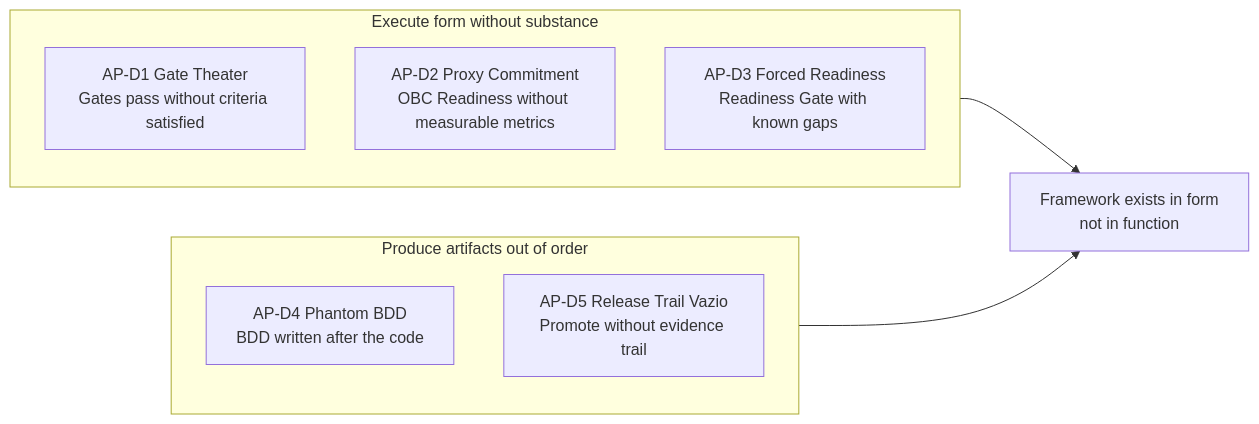
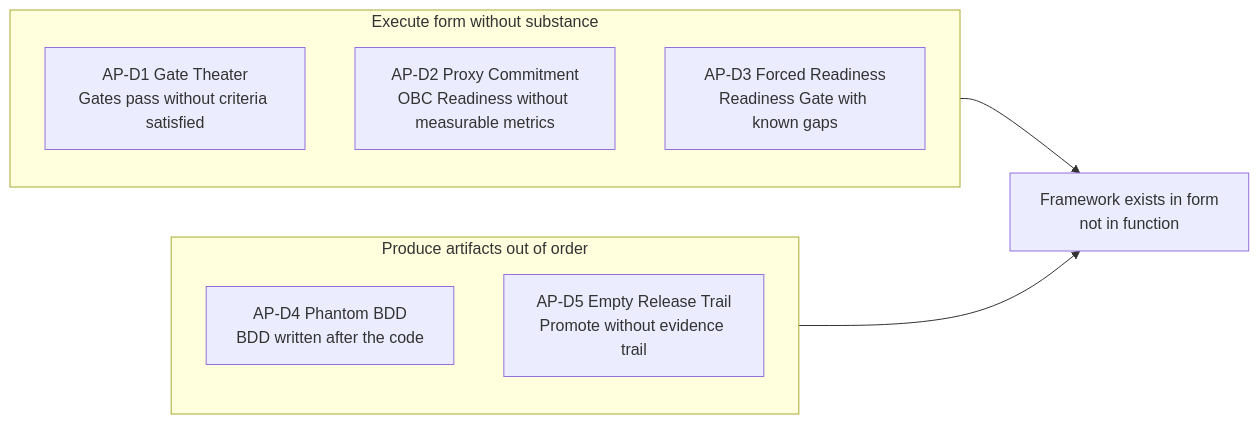
The second of 2 diagrams in en/chapter-06.md (produtoreativo/from-intent-to-outcome), drawn with Mermaid before and after one commit. The commit also changed other lines of this file and 8 other files, not shown here.

````diff
--- a/en/chapter-06.md
+++ b/en/chapter-06.md
@@ -140,13 +140,13 @@
 ```mermaid
 graph LR
     subgraph Forma["Execute form without substance"]
         AP1["AP-D1 Gate Theater\nGates pass without criteria satisfied"]
         AP2["AP-D2 Proxy Commitment\nOBC Readiness without measurable metrics"]
         AP3["AP-D3 Forced Readiness\nReadiness Gate with known gaps"]
     end
     subgraph Ordem["Produce artifacts out of order"]
         AP4["AP-D4 Phantom BDD\nBDD written after the code"]
-        AP5["AP-D5 Release Trail Vazio\nPromote without evidence trail"]
+        AP5["AP-D5 Empty Release Trail\nPromote without evidence trail"]
     end
     Forma & Ordem --> RESULT["Framework exists in form\nnot in function"]
 ```
````
